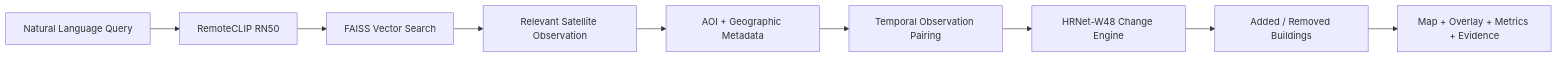
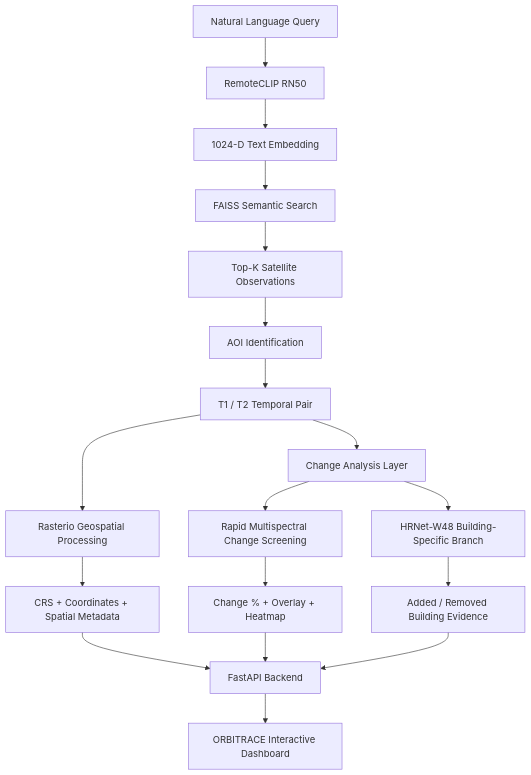
Before and after one commit to ingolesamarth2006-rgb/satellite-poc: the diagram in README.md, drawn with Mermaid. The commit also changed other lines of this file, not shown here.

````diff
--- a/README.md
+++ b/README.md
@@ -40,20 +100,36 @@
 ```mermaid
-flowchart LR
+flowchart TD
 
 A["Natural Language Query"]
 --> B["RemoteCLIP RN50"]
 
-B --> C["FAISS Vector Search"]
+B --> C["1024-D Text Embedding"]
 
-C --> D["Relevant Satellite Observation"]
+C --> D["FAISS Semantic Search"]
 
-D --> E["AOI + Geographic Metadata"]
+D --> E["Top-K Satellite Observations"]
 
-E --> F["Temporal Observation Pairing"]
+E --> F["AOI Identification"]
 
-F --> G["HRNet-W48 Change Engine"]
+F --> G["T1 / T2 Temporal Pair"]
 
-G --> H["Added / Removed Buildings"]
+G --> H["Rasterio Geospatial Processing"]
 
-H --> I["Map + Overlay + Metrics + Evidence"]
+G --> I["Change Analysis Layer"]
+
+I --> J["Rapid Multispectral Change Screening"]
+
+I --> K["HRNet-W48 Building-Specific Branch"]
+
+H --> L["CRS + Coordinates + Spatial Metadata"]
+
+J --> M["Change % + Overlay + Heatmap"]
+
+K --> N["Added / Removed Building Evidence"]
+
+L --> O["FastAPI Backend"]
+M --> O
+N --> O
+
+O --> P["ORBITRACE Interactive Dashboard"]
 ```
````
